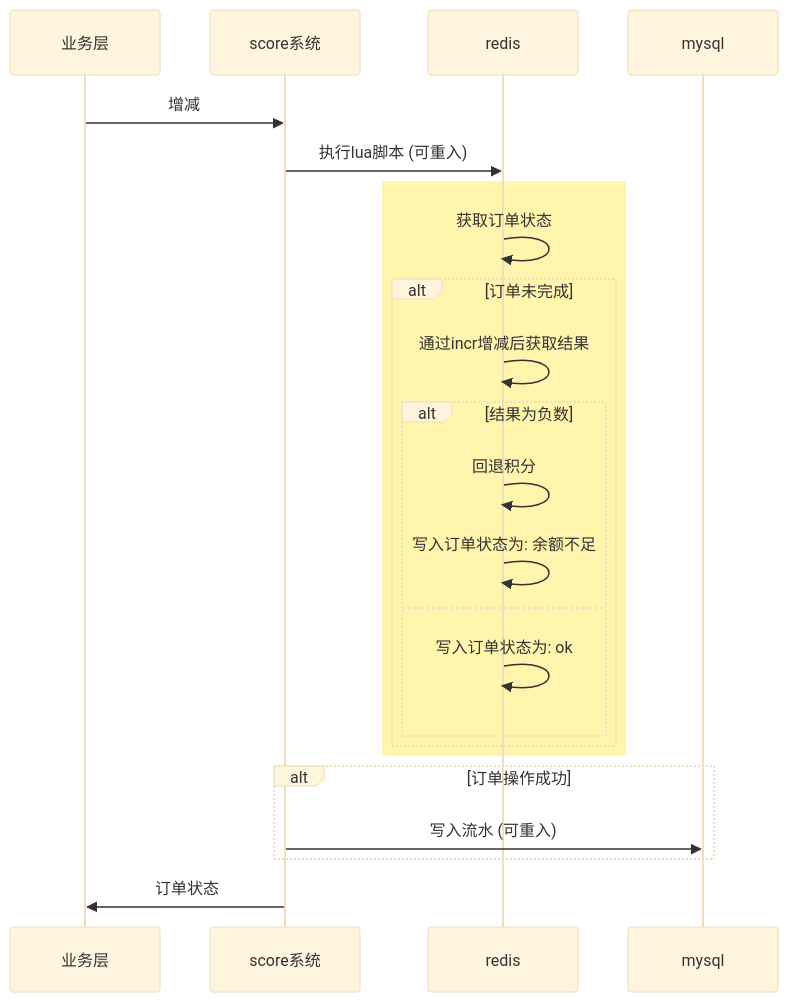
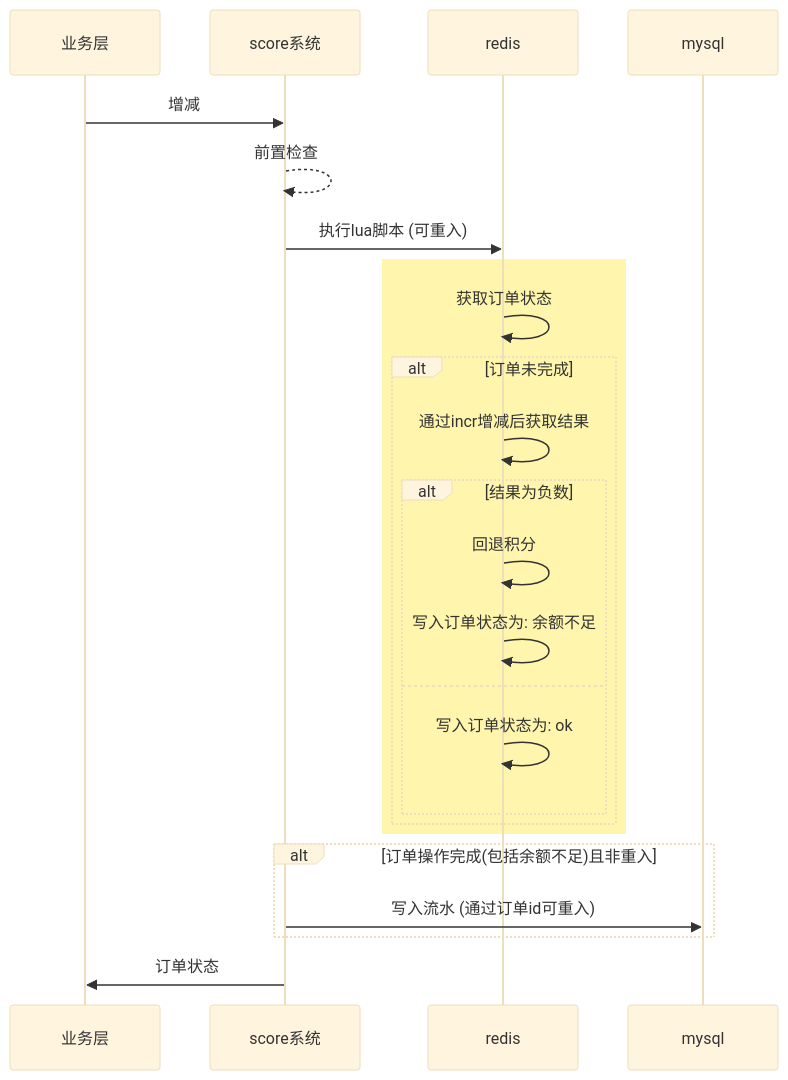
Before and after one commit to zlyuancn/score: the first of 2 diagrams in readme.md, drawn with Mermaid (base theme). The commit also changed other lines of this file and 3 other files, not shown here.

````diff
--- a/readme.md
+++ b/readme.md
@@ -124,27 +169,28 @@
 ```mermaid
 sequenceDiagram
 participant a as 业务层
 participant b as score系统
 participant c as redis
 participant d as mysql
 
 a->>b: 增减
+b-->>b: 前置检查
 b->>c: 执行lua脚本 (可重入)
 rect rgb(255, 245, 173)
   c->>c: 获取订单状态
   alt 订单未完成
     c->>c: 通过incr增减后获取结果
     alt 结果为负数
         c->>c: 回退积分
         c->>c: 写入订单状态为: 余额不足
     else
         c->>c: 写入订单状态为: ok
     end
   end
 end
 
-alt 订单操作成功
-    b->>d: 写入流水 (可重入)
+alt 订单操作完成(包括余额不足)且非重入
+    b->>d: 写入流水 (通过订单id可重入)
 end
 b->>a: 订单状态
 ```
````
